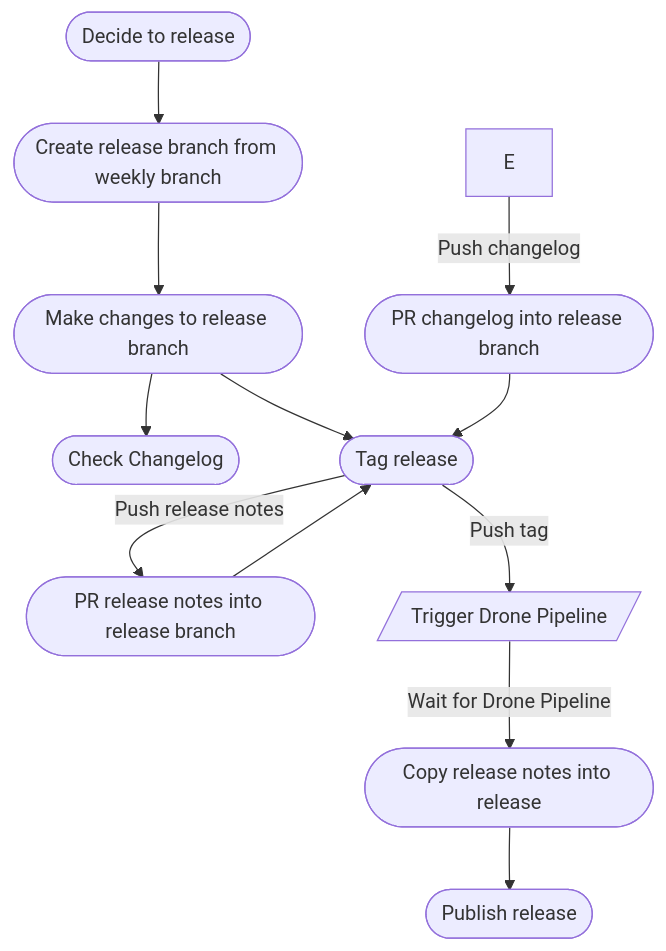
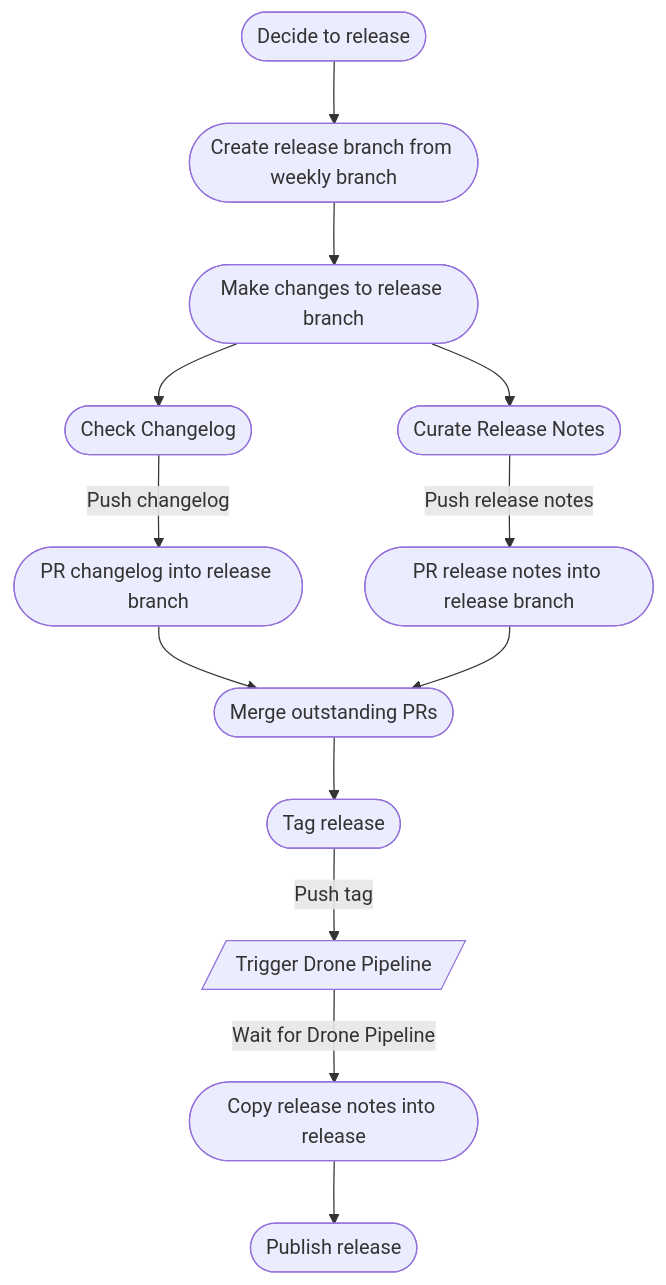
The second of 3 diagrams in loki-legacy-workflow.md (grafana/loki-release), drawn with Mermaid before and after one commit. The commit also changed other lines of this file, not shown here.

Commit message:
Update loki-legacy-workflow.md
Clean up the overview workflow

````diff
--- a/loki-legacy-workflow.md
+++ b/loki-legacy-workflow.md
@@ -6,14 +15,15 @@
 ```mermaid
 graph TD;
     A([Decide to release]) --> B([Create release branch from weekly branch]);
     B --> C([Make changes to release branch]);
     C --> D([Check Changelog])
-    E --> |Push changelog| F([PR changelog into release branch])
-    C --> G([Curate Release Notes])
-    G --> |Push release notes| H([PR release notes into release branch])
-    F --> G([Tag release]);
-    H --> G([Tag release]);
-    G --> |Push tag| I[/Trigger Drone Pipeline/];
-    I --> |Wait for Drone Pipeline| J([Copy release notes into release])
-    J --> K([Publish release])
+    D --> |Push changelog| E([PR changelog into release branch])
+    C --> F([Curate Release Notes])
+    F --> |Push release notes| G([PR release notes into release branch])
+    E --> H([Merge outstanding PRs]);
+    G --> H;
+    H --> I([Tag release])
+    I --> |Push tag| J[/Trigger Drone Pipeline/];
+    J --> |Wait for Drone Pipeline| K([Copy release notes into release])
+    K --> L([Publish release])
 ```
````
